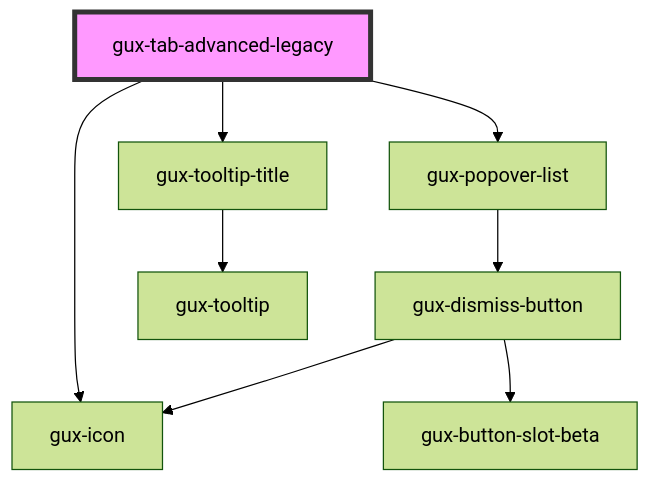
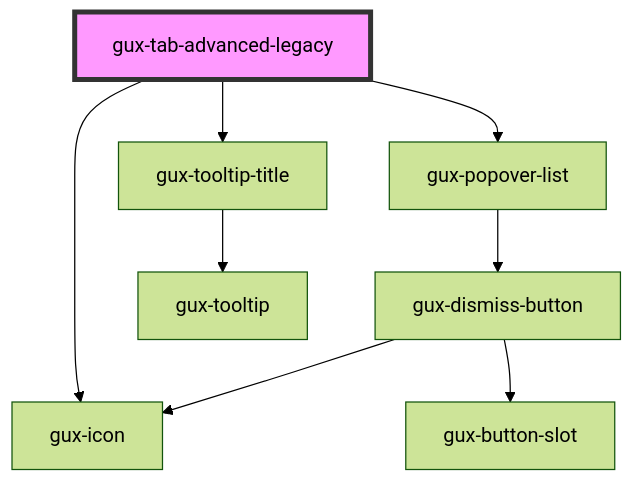
Before and after one commit to Pragadeeeshr/genesys-spark: the diagram in packages/genesys-spark-components/src/components/legacy/gux-tabs-advanced-legacy/gux-tab-advanced-legacy/readme.md, drawn with Mermaid (forest theme). The commit also changed 13 other files, not shown here.

````diff
--- a/packages/genesys-spark-components/src/components/legacy/gux-tabs-advanced-legacy/gux-tab-advanced-legacy/readme.md
+++ b/packages/genesys-spark-components/src/components/legacy/gux-tabs-advanced-legacy/gux-tab-advanced-legacy/readme.md
@@ -73,11 +73,11 @@
 ```mermaid
 graph TD;
   gux-tab-advanced-legacy --> gux-icon
   gux-tab-advanced-legacy --> gux-popover-list
   gux-tab-advanced-legacy --> gux-tooltip-title
   gux-popover-list --> gux-dismiss-button
-  gux-dismiss-button --> gux-button-slot-beta
+  gux-dismiss-button --> gux-button-slot
   gux-dismiss-button --> gux-icon
   gux-tooltip-title --> gux-tooltip
   style gux-tab-advanced-legacy fill:#f9f,stroke:#333,stroke-width:4px
 ```
````
